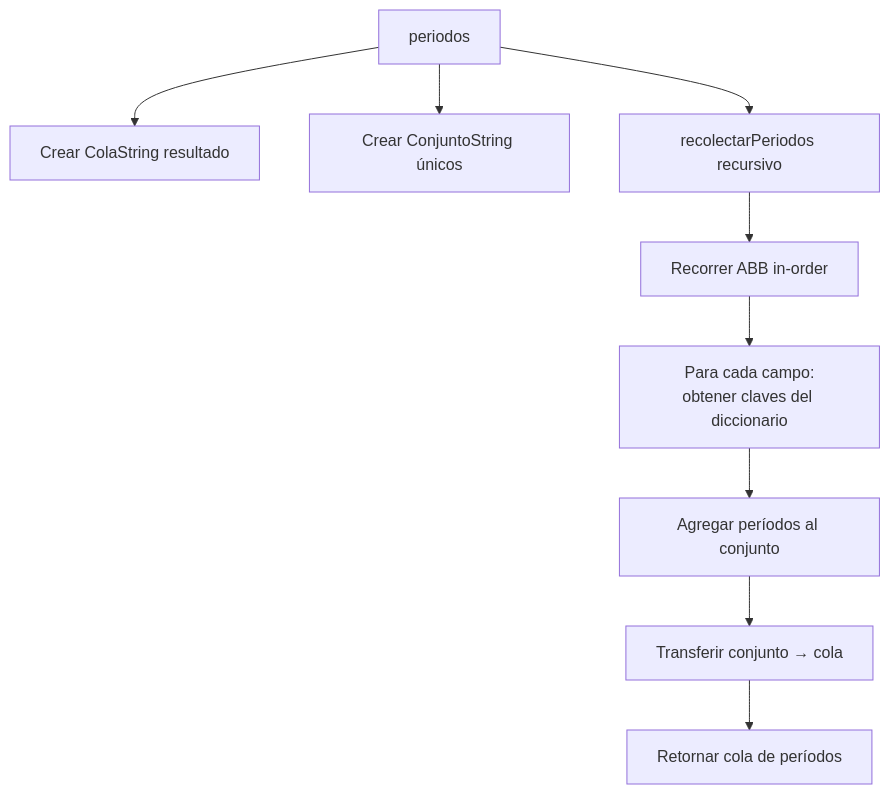
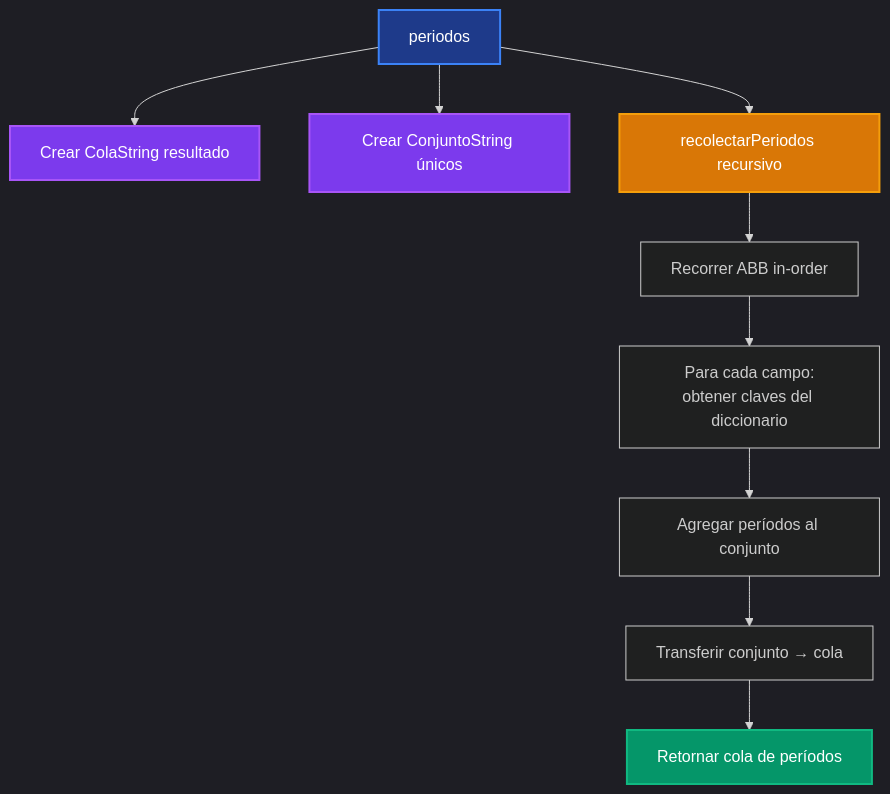
The fifth of 19 diagrams in tp-final/README_IMPLEMENTACIONES.md (pybalt/algo2), drawn with Mermaid before and after one commit. The commit also changed other lines of this file, not shown here.

Commit message:
Enhance README_IMPLEMENTACIONES.md by adding dark mode support for mermaid diagrams and improving style consistency across sections.

````diff
--- a/tp-final/README_IMPLEMENTACIONES.md
+++ b/tp-final/README_IMPLEMENTACIONES.md
@@ -110,13 +118,20 @@
 ```mermaid
+%%{init: {'theme':'dark'}}%%
 flowchart TD
     A[periodos] --> B[Crear ColaString resultado]
     A --> C[Crear ConjuntoString únicos]
     A --> D[recolectarPeriodos recursivo]
     
     D --> E[Recorrer ABB in-order]
     E --> F[Para cada campo:<br/>obtener claves del diccionario]
     F --> G[Agregar períodos al conjunto]
     
     G --> H[Transferir conjunto → cola]
     H --> I[Retornar cola de períodos]
+    
+    style A fill:#1e3a8a,stroke:#3b82f6,stroke-width:2px,color:#fff
+    style B fill:#7c3aed,stroke:#a855f7,stroke-width:2px,color:#fff
+    style C fill:#7c3aed,stroke:#a855f7,stroke-width:2px,color:#fff
+    style D fill:#d97706,stroke:#f59e0b,stroke-width:2px,color:#fff
+    style I fill:#059669,stroke:#10b981,stroke-width:2px,color:#fff
 ```
````
